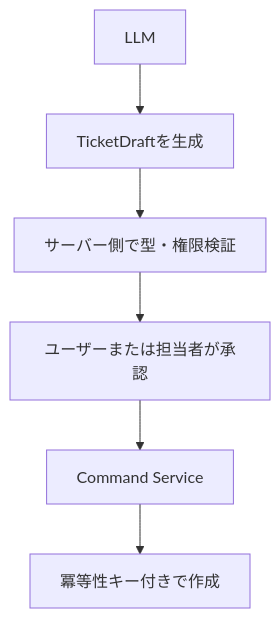
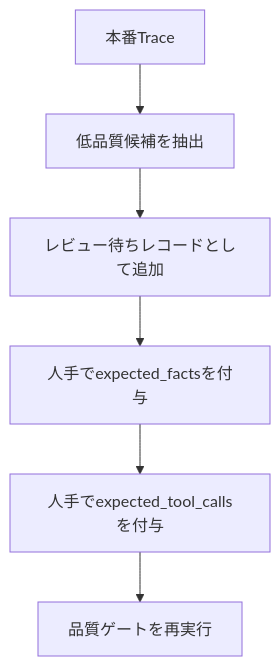
One commit to aymkbyshi/databricks-agentops-customer-support changed the fourth of 5 diagrams in articles/databricks-agentops-zenn.md. Above: the diagram before and after it, drawn with Mermaid. The commit also changed other lines of this file, not shown here.

````diff
--- a/articles/databricks-agentops-zenn.md
+++ b/articles/databricks-agentops-zenn.md
@@ -295,8 +619,8 @@
 ```mermaid
 flowchart TD
-    A[LLM] --> B[TicketDraftを生成]
-    B --> C[サーバー側で型・権限検証]
-    C --> D[ユーザーまたは担当者が承認]
-    D --> E[Command Service]
-    E --> F[冪等性キー付きで作成]
+    A[本番Trace] --> B[低品質候補を抽出]
+    B --> C[レビュー待ちレコードとして追加]
+    C --> D[人手でexpected_factsを付与]
+    D --> E[人手でexpected_tool_callsを付与]
+    E --> F[品質ゲートを再実行]
 ```
````
